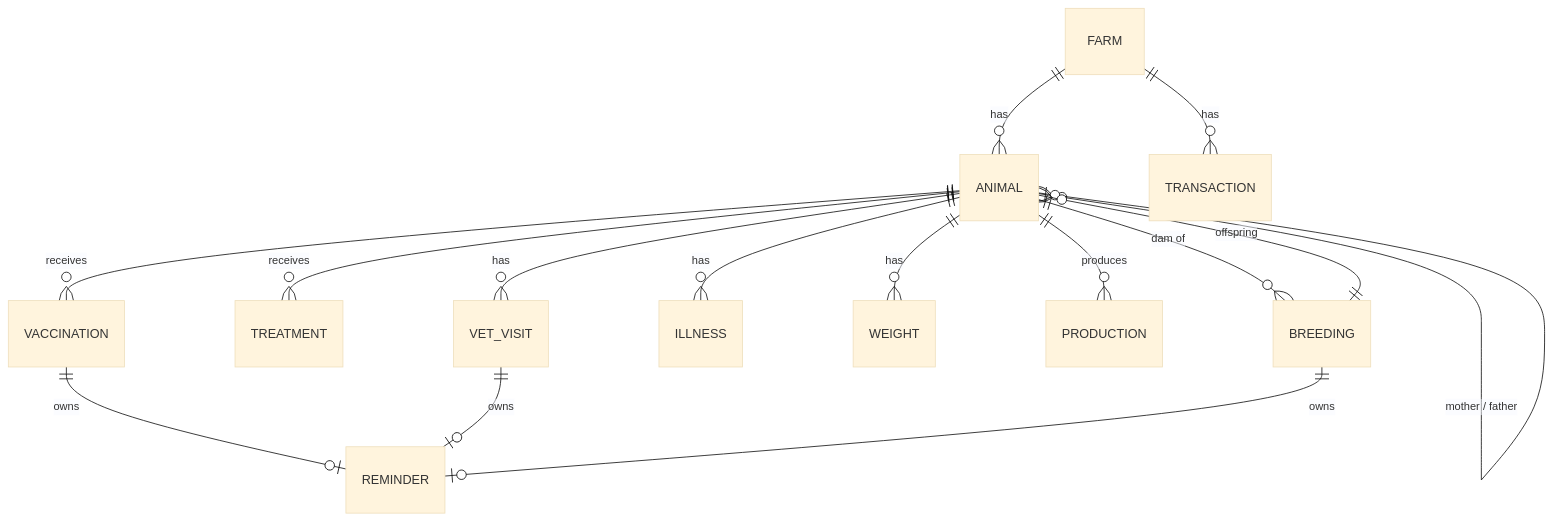
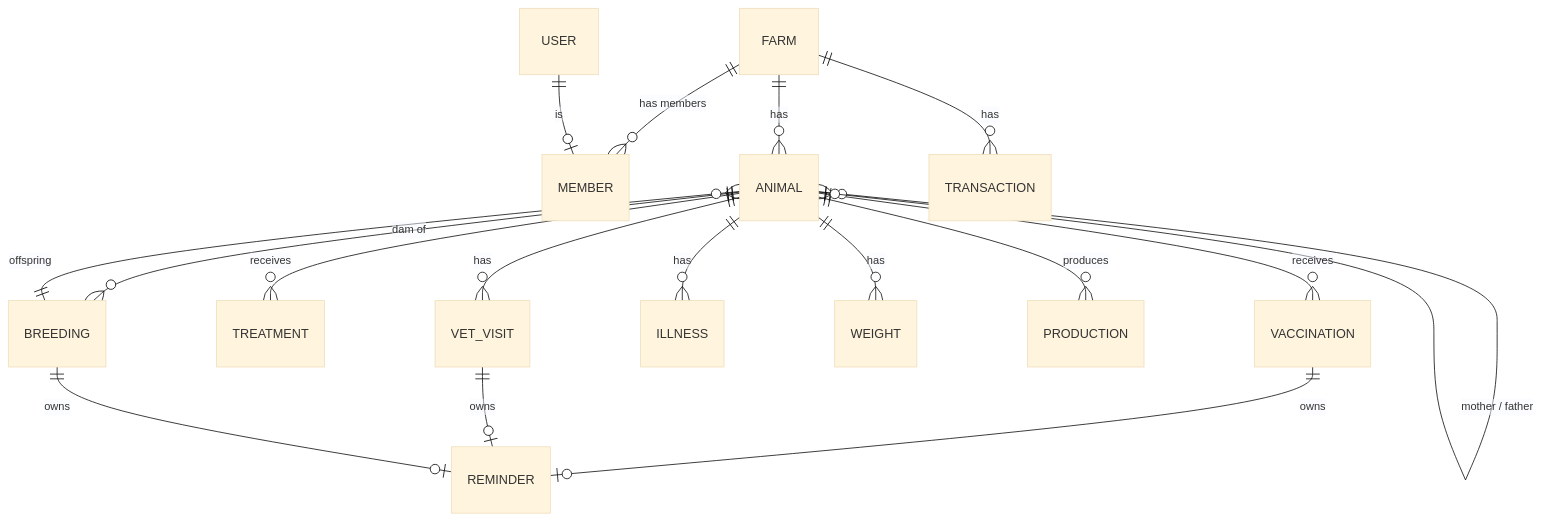
One commit to haythoum/farmivo_backend changed the diagram in docs/DATA_MODEL.md. Above: the diagram before and after it, drawn with Mermaid (base theme). The commit also changed other lines of this file and 9 other files, not shown here.

First line of the commit message:
Docs: farm members and roles (ROLES_AND_MEMBERS.md), API contract, data model, flows with real examples, system guide, code reference, decisions

````diff
--- a/docs/DATA_MODEL.md
+++ b/docs/DATA_MODEL.md
@@ -32,17 +45,19 @@
 ```mermaid
 erDiagram
+  FARM ||--o{ MEMBER : "has members"
+  USER ||--o| MEMBER : "is"
   FARM ||--o{ ANIMAL : has
   ANIMAL ||--o{ VACCINATION : receives
   ANIMAL ||--o{ TREATMENT : receives
   ANIMAL ||--o{ VET_VISIT : has
   ANIMAL ||--o{ ILLNESS : has
   ANIMAL ||--o{ WEIGHT : has
   ANIMAL ||--o{ PRODUCTION : produces
   ANIMAL ||--o{ BREEDING : "dam of"
   ANIMAL }o--o| ANIMAL : "mother / father"
   VACCINATION ||--o| REMINDER : owns
   VET_VISIT ||--o| REMINDER : owns
   BREEDING ||--o| REMINDER : owns
   BREEDING ||--o{ ANIMAL : "offspring"
   FARM ||--o{ TRANSACTION : has
 ```
````
